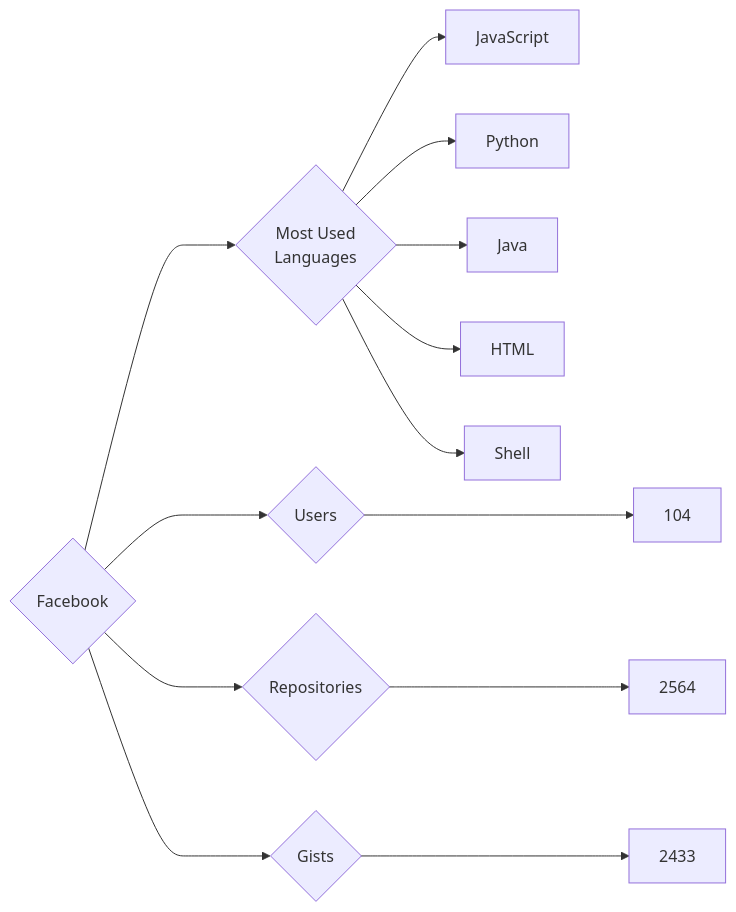
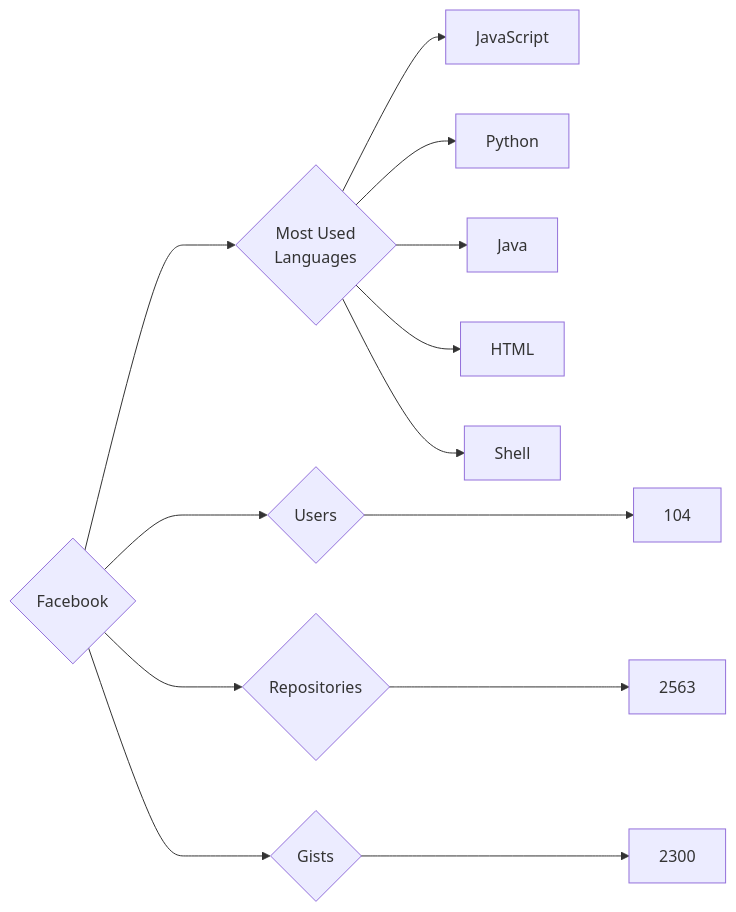
The diagram in targets/Facebook/README.md (trickest/insiders), drawn with Mermaid before and after one commit. The commit also changed 873 other files, not shown here.

````diff
--- a/targets/Facebook/README.md
+++ b/targets/Facebook/README.md
@@ -3,13 +3,13 @@
 ```mermaid
 graph LR
 COMPANY_NAME{Facebook}
 COMPANY_NAME ---> U{Users} ---> UN[104]
-COMPANY_NAME ---> R{Repositories} ---> RN[2564]
-COMPANY_NAME ---> G{Gists} ---> GN[2433]
+COMPANY_NAME ---> R{Repositories} ---> RN[2563]
+COMPANY_NAME ---> G{Gists} ---> GN[2300]
 COMPANY_NAME ---> ML{Most Used<br>Languages}
 ML --> JavaScript[JavaScript]
 ML --> Python[Python]
 ML --> Java[Java]
 ML --> HTML[HTML]
 ML --> Shell[Shell]
 ```
````
